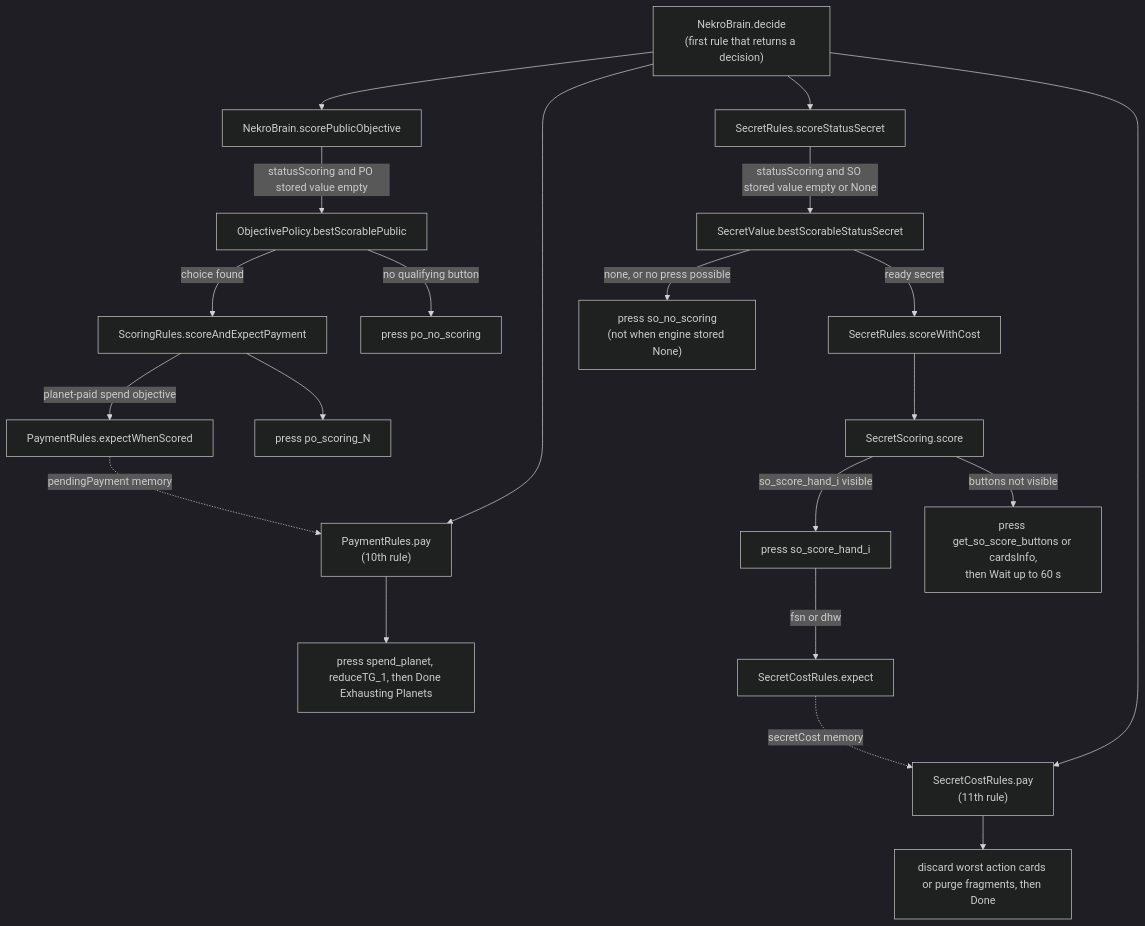
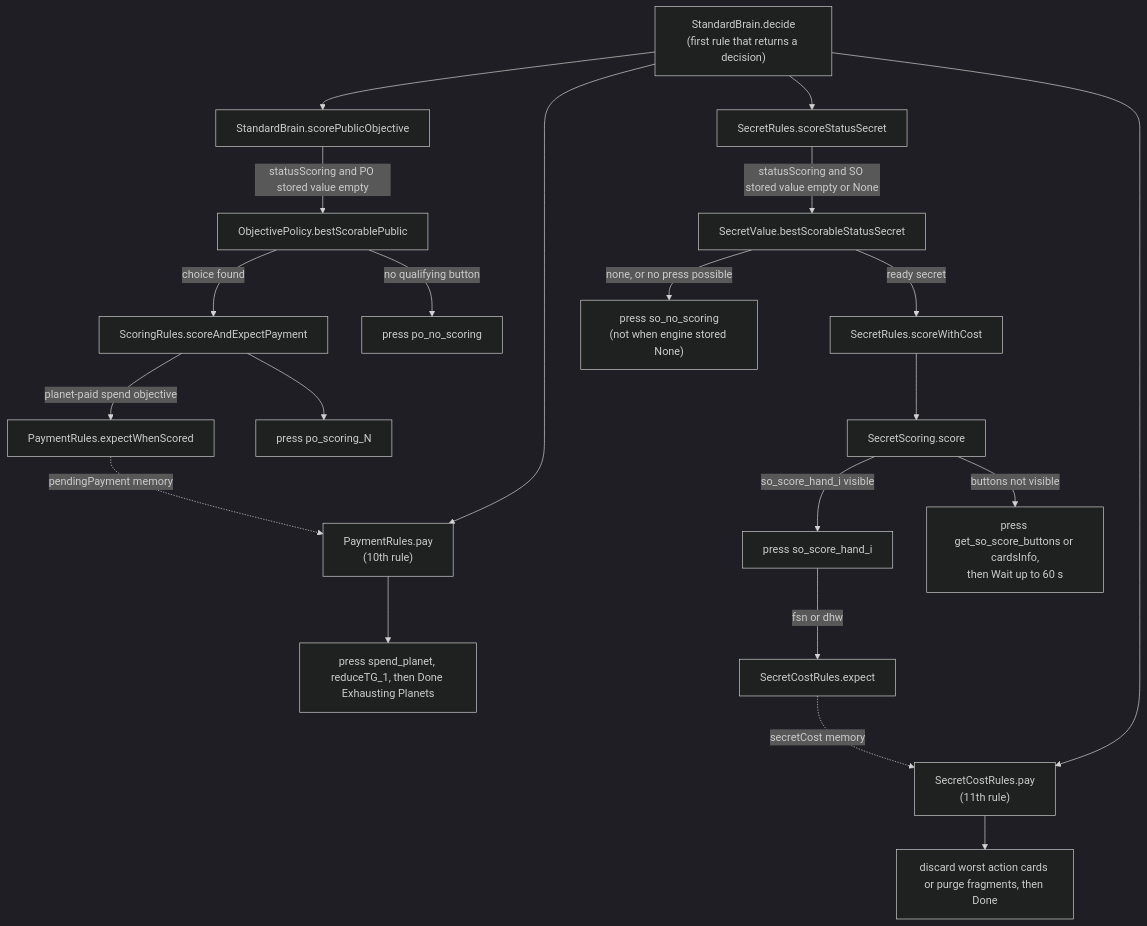
Before and after one commit to AsyncTI4/TI4_map_generator_bot: the first of 2 diagrams in src/main/java/ti4/ai/scoring/README.md, drawn with Mermaid (dark theme). The commit also changed other lines of this file and 64 other files, not shown here.

````diff
--- a/src/main/java/ti4/ai/scoring/README.md
+++ b/src/main/java/ti4/ai/scoring/README.md
@@ -94,23 +94,23 @@
 ```mermaid
 flowchart TD
-    DEC["NekroBrain.decide<br/>(first rule that returns a decision)"] --> PAYR["PaymentRules.pay<br/>(10th rule)"]
+    DEC["StandardBrain.decide<br/>(first rule that returns a decision)"] --> PAYR["PaymentRules.pay<br/>(10th rule)"]
     DEC --> COSTR["SecretCostRules.pay<br/>(11th rule)"]
-    DEC --> SPO["NekroBrain.scorePublicObjective"]
+    DEC --> SPO["StandardBrain.scorePublicObjective"]
     DEC --> SSS["SecretRules.scoreStatusSecret"]
     SPO -->|"statusScoring and PO stored value empty"| BSP["ObjectivePolicy.bestScorablePublic"]
     BSP -->|"choice found"| SAE["ScoringRules.scoreAndExpectPayment"]
     BSP -->|"no qualifying button"| PONO["press po_no_scoring"]
     SAE -->|"planet-paid spend objective"| EWS["PaymentRules.expectWhenScored"]
     SAE --> POPRESS["press po_scoring_N"]
     EWS -.->|"pendingPayment memory"| PAYR
     PAYR --> EXH["press spend_planet, reduceTG_1, then Done Exhausting Planets"]
     SSS -->|"statusScoring and SO stored value empty or None"| BSS["SecretValue.bestScorableStatusSecret"]
     BSS -->|"ready secret"| SWC["SecretRules.scoreWithCost"]
     SWC --> SCORE["SecretScoring.score"]
     SCORE -->|"so_score_hand_i visible"| SOPRESS["press so_score_hand_i"]
     SCORE -->|"buttons not visible"| ASK["press get_so_score_buttons or cardsInfo,<br/>then Wait up to 60 s"]
     SOPRESS -->|"fsn or dhw"| EXP["SecretCostRules.expect"]
     EXP -.->|"secretCost memory"| COSTR
     COSTR --> DISC["discard worst action cards or purge fragments, then Done"]
     BSS -->|"none, or no press possible"| SONO["press so_no_scoring<br/>(not when engine stored None)"]
 ```
````
